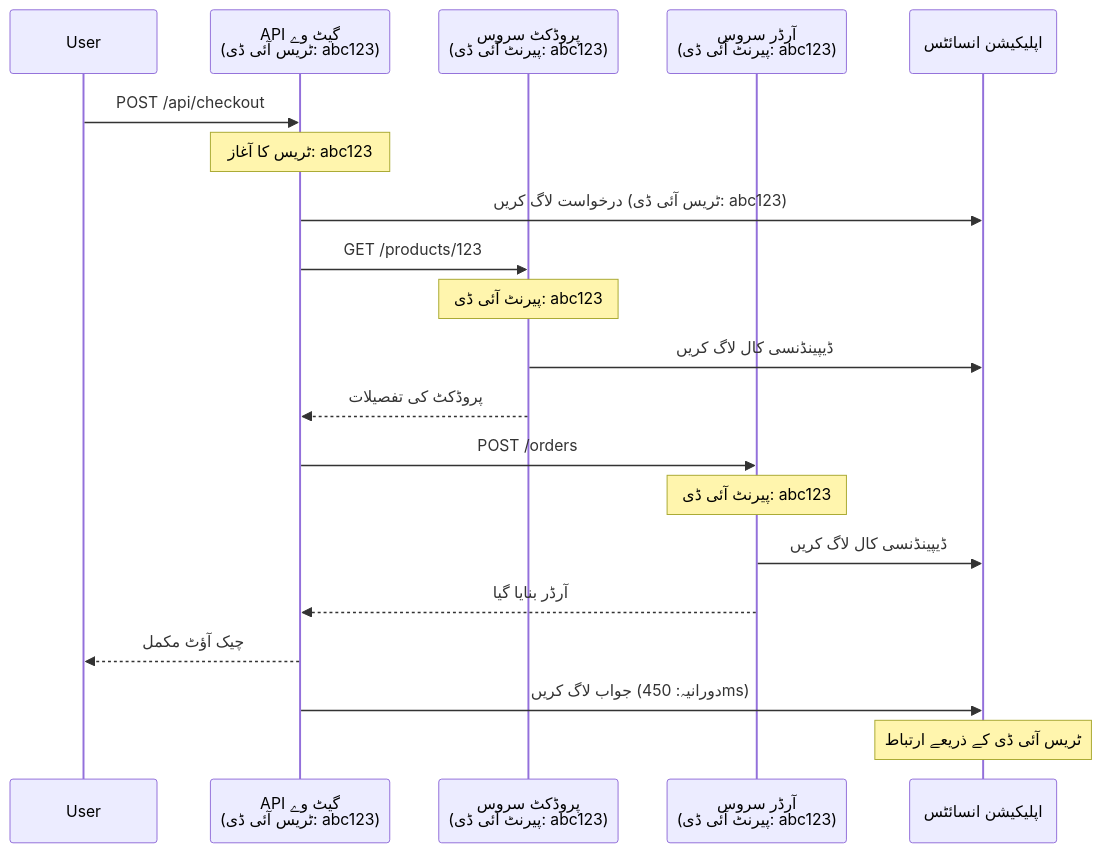
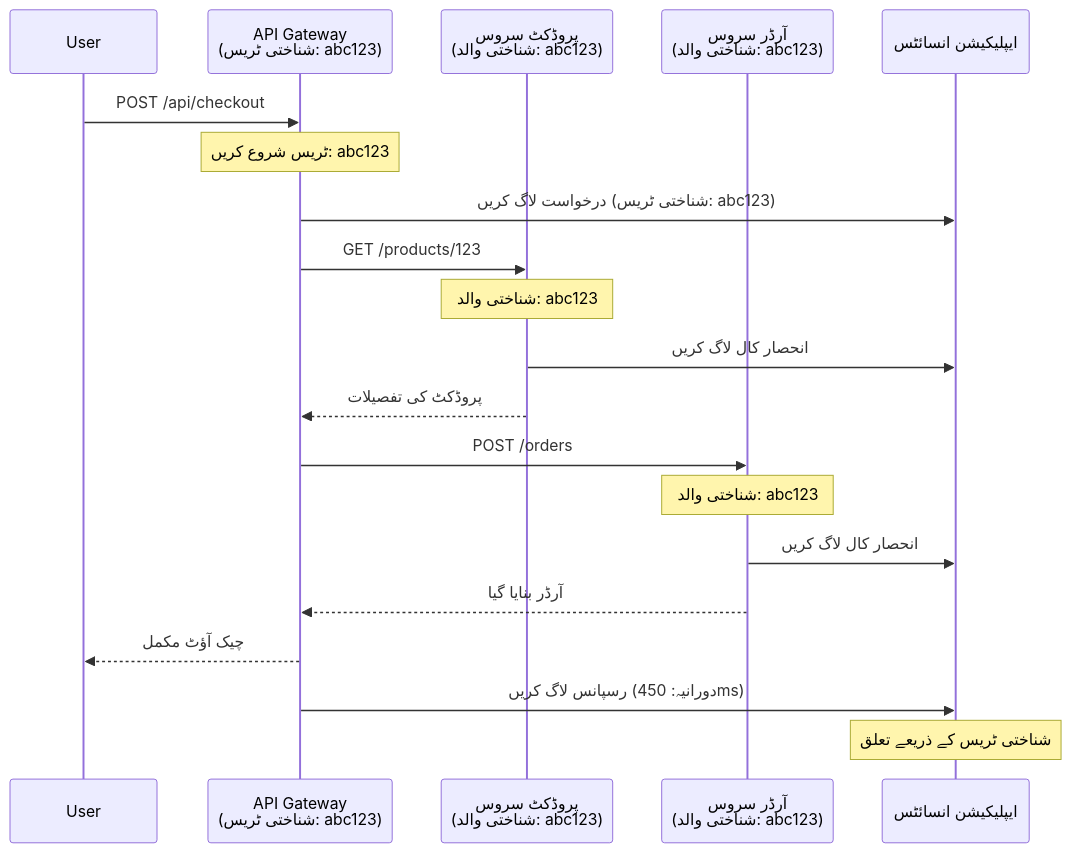
Before and after one commit to microsoft/AZD-for-beginners: the second of 2 diagrams in translations/ur/docs/chapter-06-pre-deployment/application-insights.md, drawn with Mermaid. The commit also changed other lines of this file and 101 other files, not shown here.

````diff
--- a/translations/ur/docs/chapter-06-pre-deployment/application-insights.md
+++ b/translations/ur/docs/chapter-06-pre-deployment/application-insights.md
@@ -744,27 +744,27 @@
 ```mermaid
 sequenceDiagram
     participant User
-    participant Gateway as API گیٹ وے<br/>(ٹریس آئی ڈی: abc123)
-    participant Product as پروڈکٹ سروس<br/>(پیرنٹ آئی ڈی: abc123)
-    participant Order as آرڈر سروس<br/>(پیرنٹ آئی ڈی: abc123)
-    participant AppInsights as اپلیکیشن انسائٹس
+    participant Gateway as API Gateway<br/>(شناختی ٹریس: abc123)
+    participant Product as پروڈکٹ سروس<br/>(شناختی والد: abc123)
+    participant Order as آرڈر سروس<br/>(شناختی والد: abc123)
+    participant AppInsights as ایپلیکیشن انسائٹس
     
     User->>Gateway: POST /api/checkout
-    Note over Gateway: ٹریس کا آغاز: abc123
-    Gateway->>AppInsights: درخواست لاگ کریں (ٹریس آئی ڈی: abc123)
+    Note over Gateway: ٹریس شروع کریں: abc123
+    Gateway->>AppInsights: درخواست لاگ کریں (شناختی ٹریس: abc123)
     
     Gateway->>Product: GET /products/123
-    Note over Product: پیرنٹ آئی ڈی: abc123
-    Product->>AppInsights: ڈیپینڈنسی کال لاگ کریں
+    Note over Product: شناختی والد: abc123
+    Product->>AppInsights: انحصار کال لاگ کریں
     Product-->>Gateway: پروڈکٹ کی تفصیلات
     
     Gateway->>Order: POST /orders
-    Note over Order: پیرنٹ آئی ڈی: abc123
-    Order->>AppInsights: ڈیپینڈنسی کال لاگ کریں
+    Note over Order: شناختی والد: abc123
+    Order->>AppInsights: انحصار کال لاگ کریں
     Order-->>Gateway: آرڈر بنایا گیا
     
     Gateway-->>User: چیک آؤٹ مکمل
-    Gateway->>AppInsights: جواب لاگ کریں (دورانیہ: 450ms)
+    Gateway->>AppInsights: رسپانس لاگ کریں (دورانیہ: 450ms)
     
-    Note over AppInsights: ٹریس آئی ڈی کے ذریعے ارتباط
+    Note over AppInsights: شناختی ٹریس کے ذریعے تعلق
 ```
````
